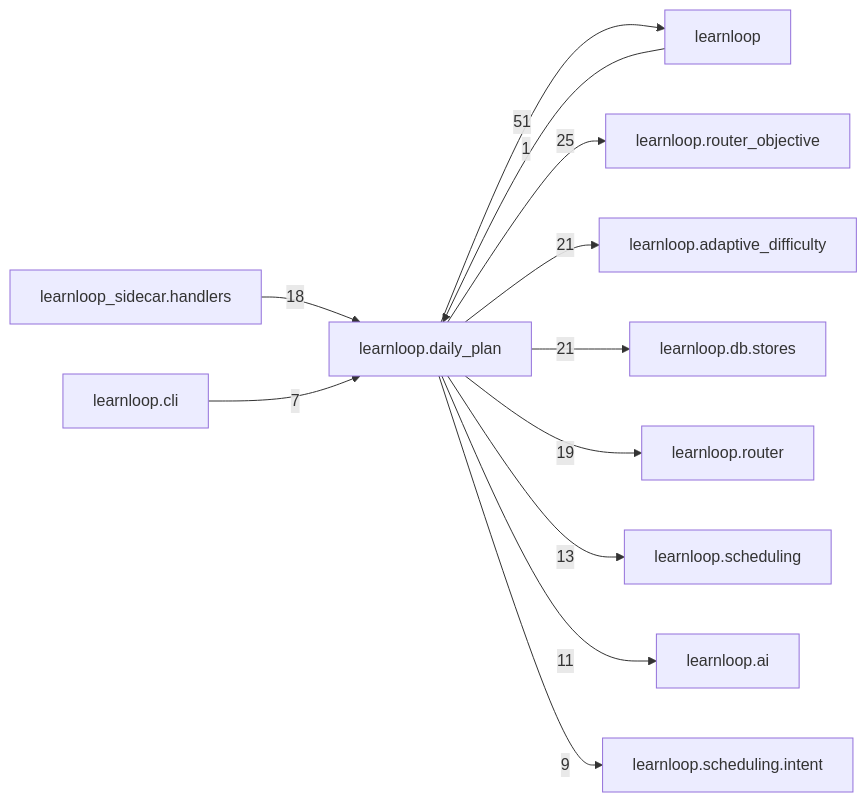
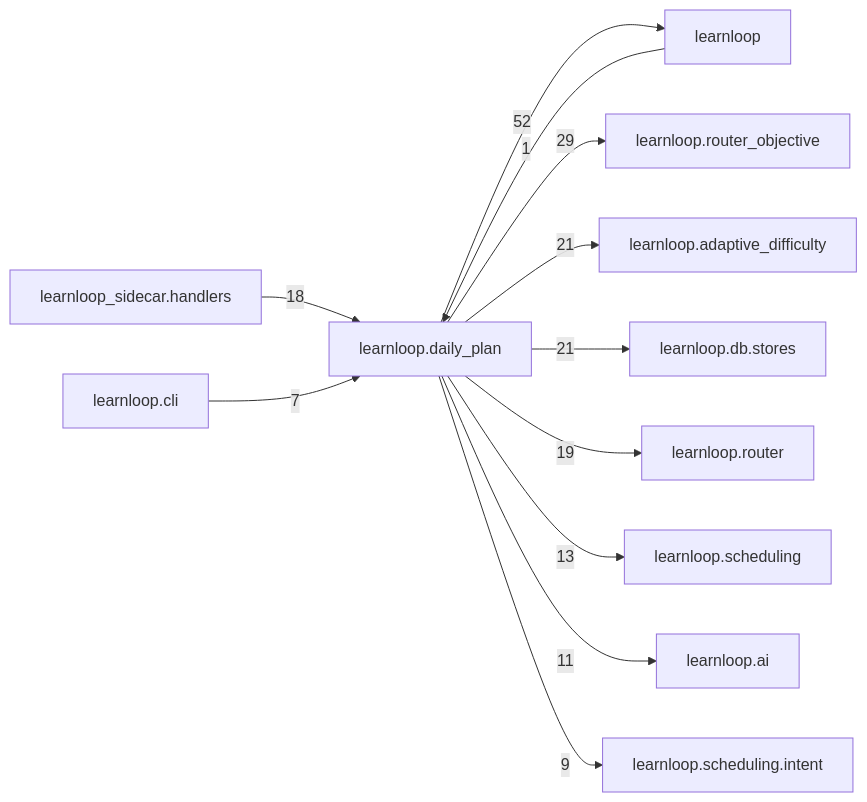
Before and after one commit to 6up-b/learnanything: the diagram in docs/learnloop-architecture-vault/Reference/Modules/learnloop/daily_plan/_package.md, drawn with Mermaid. The commit also changed other lines of this file and 542 other files, not shown here.

````diff
--- a/docs/learnloop-architecture-vault/Reference/Modules/learnloop/daily_plan/_package.md
+++ b/docs/learnloop-architecture-vault/Reference/Modules/learnloop/daily_plan/_package.md
@@ -162,25 +162,25 @@
 ```mermaid
 flowchart LR
     center["learnloop.daily_plan"]
     n_learnloop["learnloop"]
     n_learnloop_router_objective["learnloop.router_objective"]
     n_learnloop_adaptive_difficulty["learnloop.adaptive_difficulty"]
     n_learnloop_db_stores["learnloop.db.stores"]
     n_learnloop_router["learnloop.router"]
     n_learnloop_sidecar_handlers["learnloop_sidecar.handlers"]
     n_learnloop_scheduling["learnloop.scheduling"]
     n_learnloop_ai["learnloop.ai"]
     n_learnloop_scheduling_intent["learnloop.scheduling.intent"]
     n_learnloop_cli["learnloop.cli"]
     n_learnloop -->|1| center
-    center -->|51| n_learnloop
-    center -->|25| n_learnloop_router_objective
+    center -->|52| n_learnloop
+    center -->|29| n_learnloop_router_objective
     center -->|21| n_learnloop_adaptive_difficulty
     center -->|21| n_learnloop_db_stores
     center -->|19| n_learnloop_router
     n_learnloop_sidecar_handlers -->|18| center
     center -->|13| n_learnloop_scheduling
     center -->|11| n_learnloop_ai
     center -->|9| n_learnloop_scheduling_intent
     n_learnloop_cli -->|7| center
 ```
````
